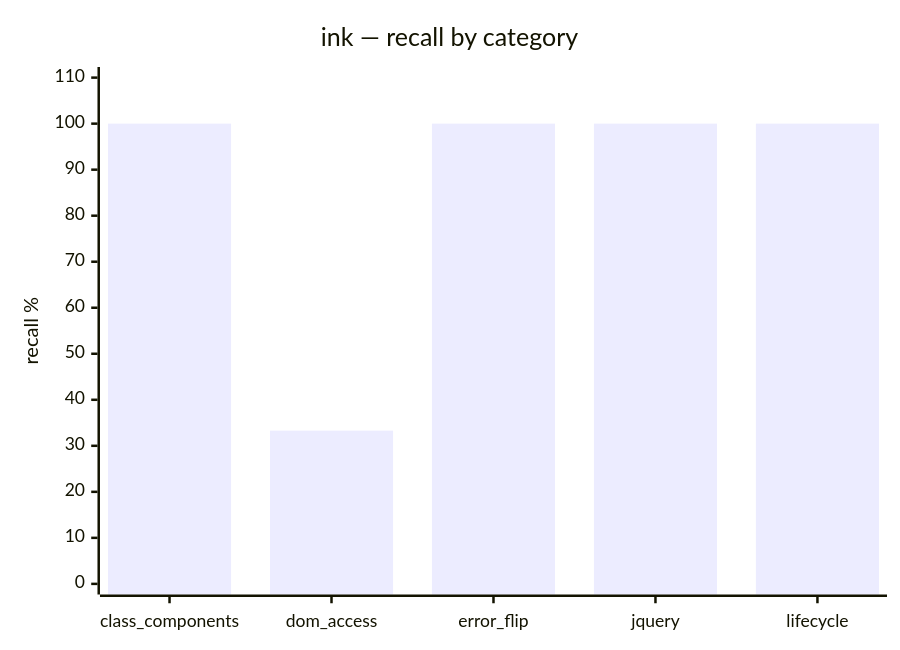
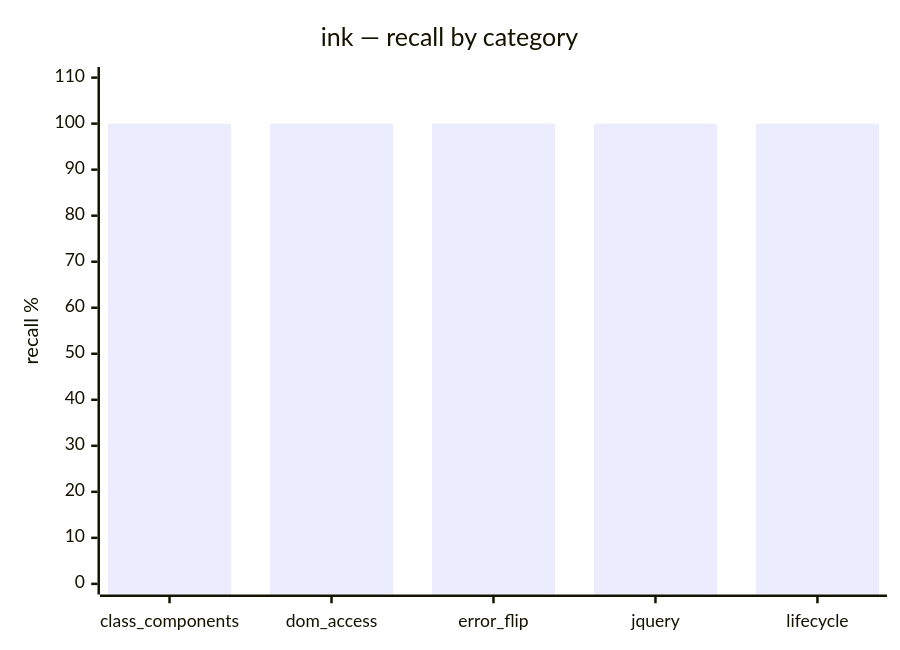
Before and after one commit to get-tmonier/argot: the fifth of 6 diagrams in benchmarks/results/baseline/latest/report.md, drawn with Mermaid. The commit also changed other lines of this file and 22 other files, not shown here.

````diff
--- a/benchmarks/results/baseline/latest/report.md
+++ b/benchmarks/results/baseline/latest/report.md
@@ -457,7 +481,7 @@
 ```mermaid
 xychart-beta
     title "ink — recall by category"
     x-axis ["class_components", "dom_access", "error_flip", "jquery", "lifecycle"]
     y-axis "recall %" 0 --> 110
-    bar [100.0, 33.3, 100.0, 100.0, 100.0]
+    bar [100.0, 100.0, 100.0, 100.0, 100.0]
 ```
````
